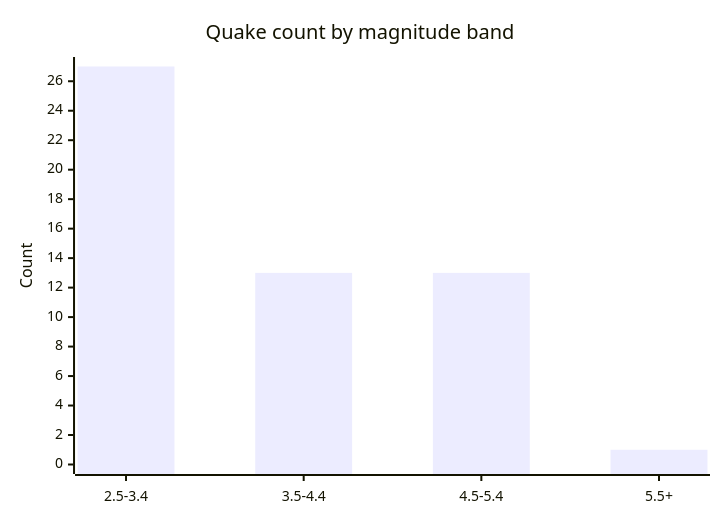
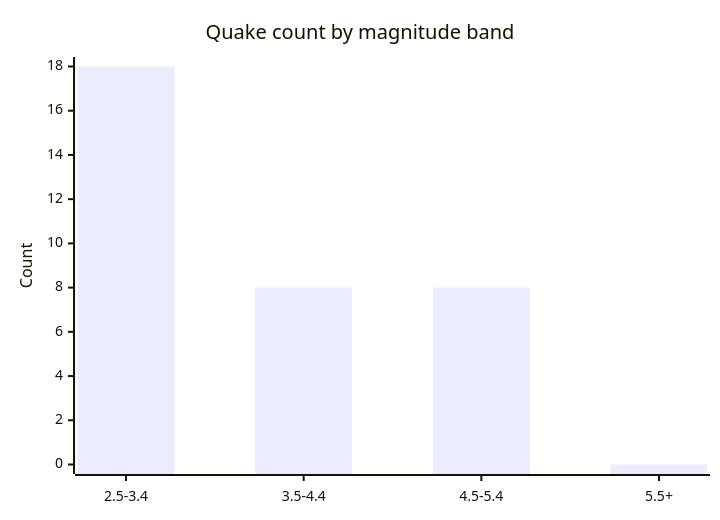
One commit to Midwest-Stratospheric/aerostratospheric-defense-gir changed the fifth of 6 diagrams in docs/GRAPHS.md. Above: the diagram before and after it, drawn with Mermaid. The commit also changed other lines of this file and 23 other files, not shown here.

````diff
--- a/docs/GRAPHS.md
+++ b/docs/GRAPHS.md
@@ -82,7 +82,7 @@
 ```mermaid
 xychart-beta
   title "Quake count by magnitude band"
   x-axis ["2.5-3.4", "3.5-4.4", "4.5-5.4", "5.5+"]
-  y-axis "Count" 0 --> 27
-  bar [27, 13, 13, 1]
+  y-axis "Count" 0 --> 18
+  bar [18, 8, 8, 0]
 ```
````
